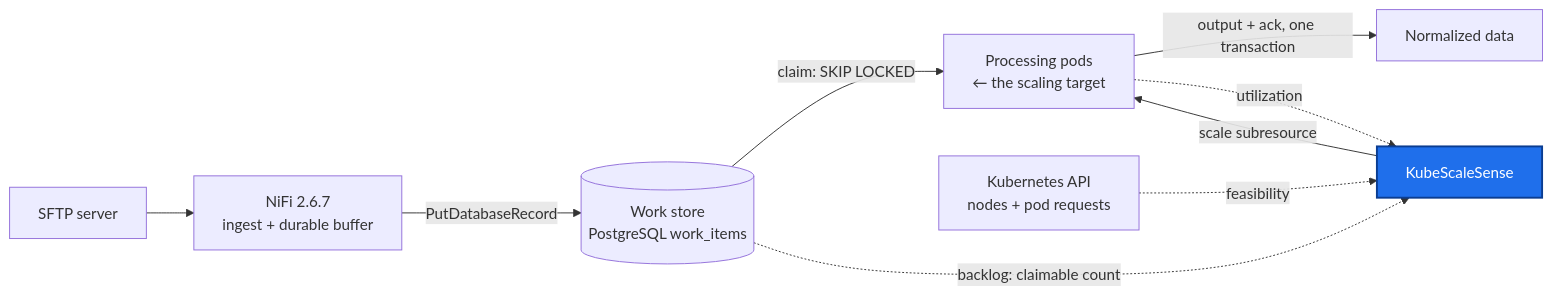
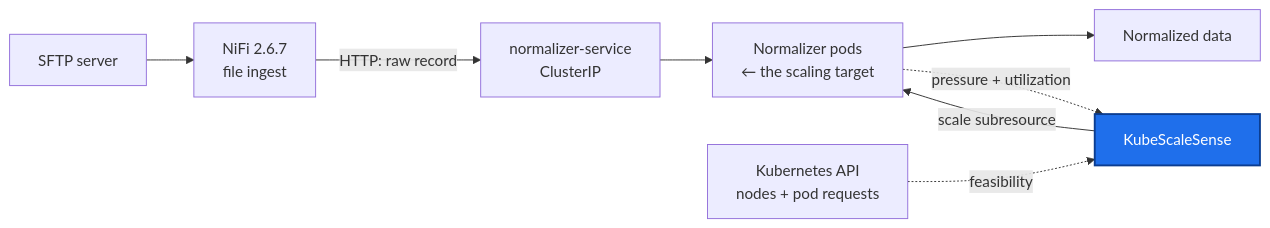
The second of 2 diagrams in README.md (jensilin/KubeScaleSense), drawn with Mermaid before and after one commit. The commit also changed other lines of this file and 8 other files, not shown here.

Commit message:
docs: simplify KubeScaleSense architecture

````diff
--- a/README.md
+++ b/README.md
@@ -77,14 +78,13 @@
 ```mermaid
 flowchart LR
-    SFTP["SFTP server"] --> NIFI["NiFi 2.6.7<br/>ingest + durable buffer"]
-    NIFI -->|PutDatabaseRecord| WS[("Work store<br/>PostgreSQL work_items")]
-    WS -->|"claim: SKIP LOCKED"| PROC["Processing pods<br/>← the scaling target"]
-    PROC -->|"output + ack, one transaction"| OUT["Normalized data"]
-    KSS["KubeScaleSense"] -->|"scale subresource"| PROC
-    WS -.->|"backlog: claimable count"| KSS
-    PROC -.->|utilization| KSS
+    SFTP["SFTP server"] --> NIFI["NiFi 2.6.7<br/>file ingest"]
+    NIFI -->|"HTTP: raw record"| SVC["normalizer-service<br/>ClusterIP"]
+    SVC --> NORM["Normalizer pods<br/>← the scaling target"]
+    NORM --> OUT["Normalized data"]
+    KSS["KubeScaleSense"] -->|"scale subresource"| NORM
+    NORM -.->|"pressure + utilization"| KSS
     K8S["Kubernetes API<br/>nodes + pod requests"] -.->|feasibility| KSS
 
     classDef ctrl fill:#1f6feb,color:#fff,stroke:#0b3d91,stroke-width:2px
     class KSS ctrl
 ```
````
